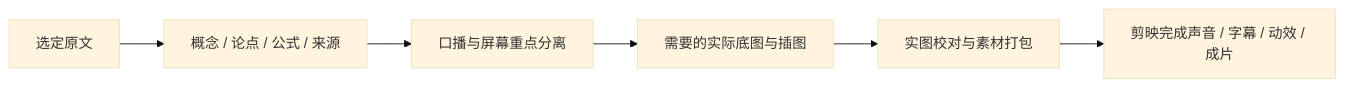
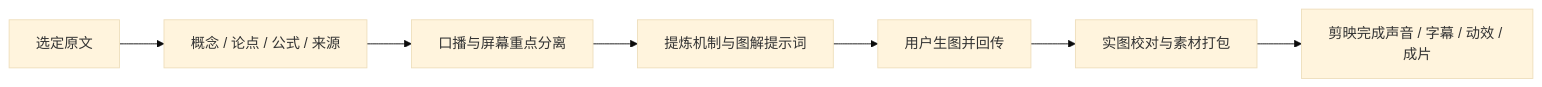
Before and after one commit to XiaoWeiKIN/MindFrame: the diagram in docs/visual-director.md, drawn with Mermaid (base theme). The commit also changed other lines of this file and 10 other files, not shown here.

Commit message:
Make diagram prompt handoff the default authoring workflow

````diff
--- a/docs/visual-director.md
+++ b/docs/visual-director.md
@@ -5,8 +5,9 @@
 ```mermaid
 flowchart LR
     A[选定原文] --> B[概念 / 论点 / 公式 / 来源]
     B --> C[口播与屏幕重点分离]
-    C --> D[需要的实际底图与插图]
-    D --> E[实图校对与素材打包]
+    C --> D[提炼机制与图解提示词]
+    D --> U[用户生图并回传]
+    U --> E[实图校对与素材打包]
     E --> F[剪映完成声音 / 字幕 / 动效 / 成片]
 ```
````
